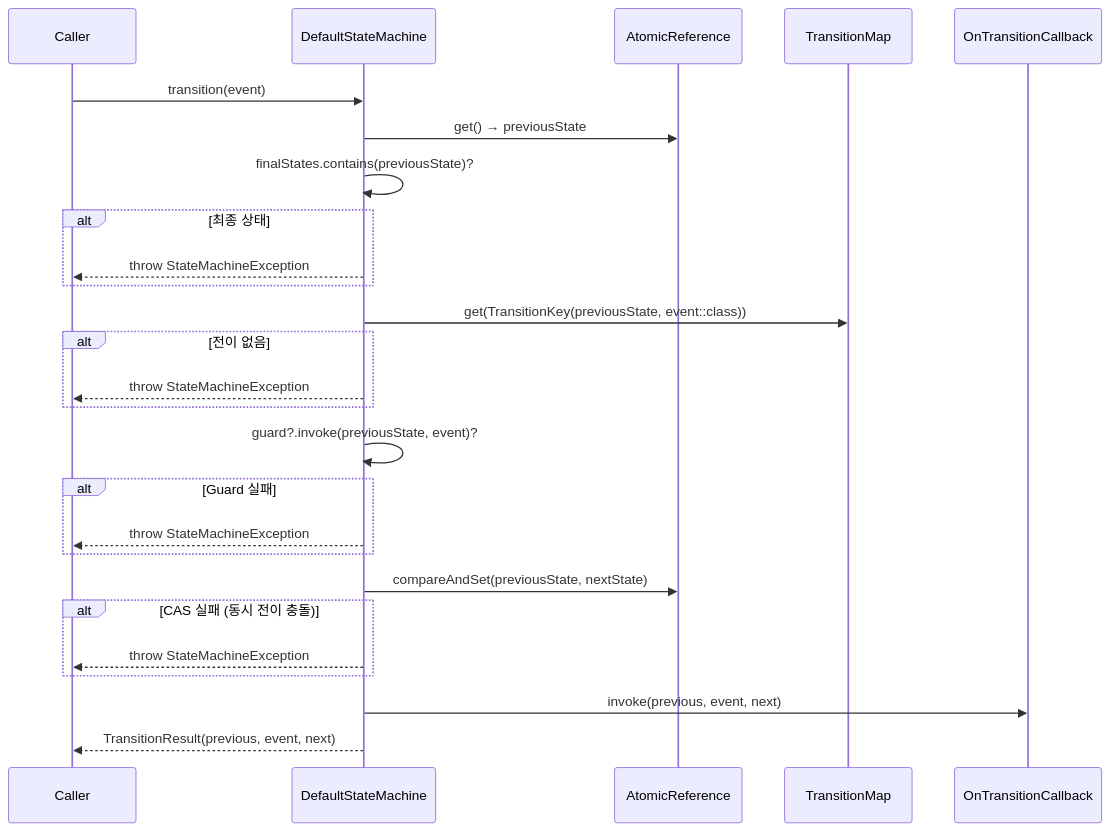
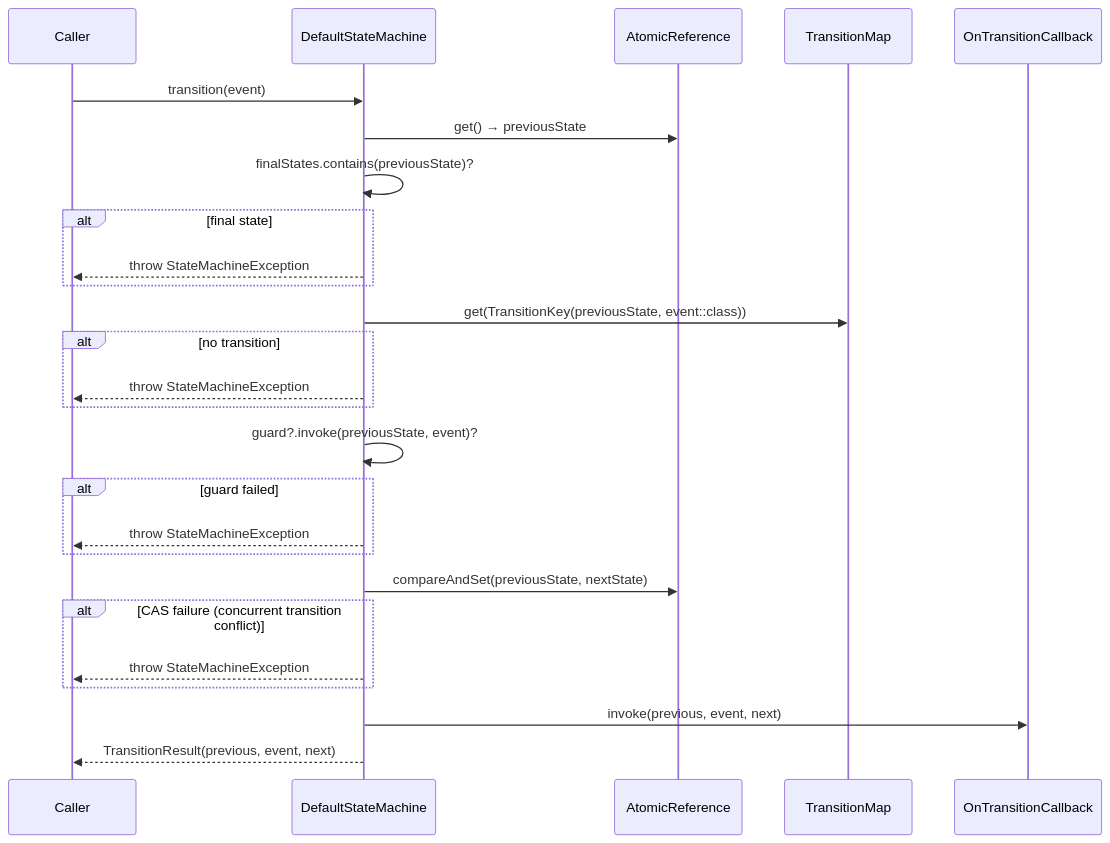
One commit to bluetape4k/bluetape4k-projects changed the sixth of 8 diagrams in utils/states/README.md. Above: the diagram before and after it, drawn with Mermaid. The commit also changed other lines of this file and 265 other files, not shown here.

````diff
--- a/utils/states/README.md
+++ b/utils/states/README.md
@@ -267,29 +269,29 @@
 ```mermaid
 sequenceDiagram
     participant Caller
     participant DefaultStateMachine
     participant AtomicReference
     participant TransitionMap
     participant OnTransitionCallback
 
     Caller->>DefaultStateMachine: transition(event)
     DefaultStateMachine->>AtomicReference: get() → previousState
     DefaultStateMachine->>DefaultStateMachine: finalStates.contains(previousState)?
-    alt 최종 상태
+    alt final state
         DefaultStateMachine-->>Caller: throw StateMachineException
     end
     DefaultStateMachine->>TransitionMap: get(TransitionKey(previousState, event::class))
-    alt 전이 없음
+    alt no transition
         DefaultStateMachine-->>Caller: throw StateMachineException
     end
     DefaultStateMachine->>DefaultStateMachine: guard?.invoke(previousState, event)?
-    alt Guard 실패
+    alt guard failed
         DefaultStateMachine-->>Caller: throw StateMachineException
     end
     DefaultStateMachine->>AtomicReference: compareAndSet(previousState, nextState)
-    alt CAS 실패 (동시 전이 충돌)
+    alt CAS failure (concurrent transition conflict)
         DefaultStateMachine-->>Caller: throw StateMachineException
     end
     DefaultStateMachine->>OnTransitionCallback: invoke(previous, event, next)
     DefaultStateMachine-->>Caller: TransitionResult(previous, event, next)
 ```
````
